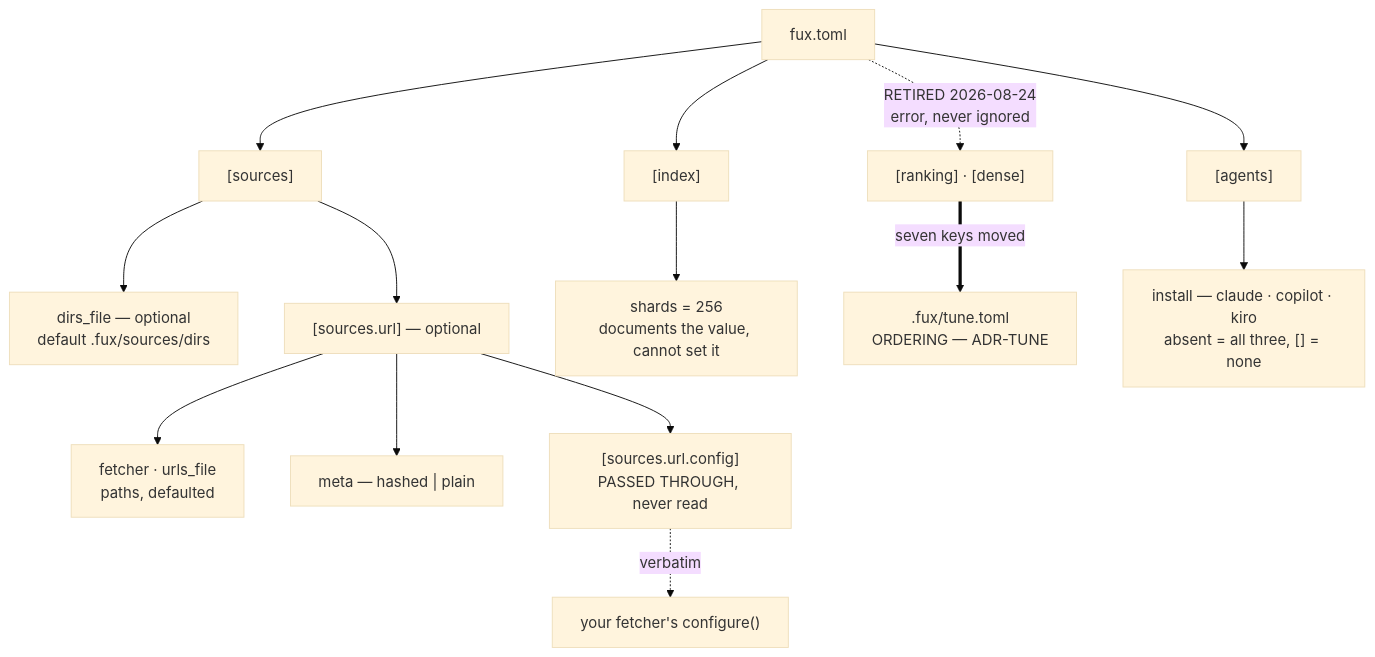
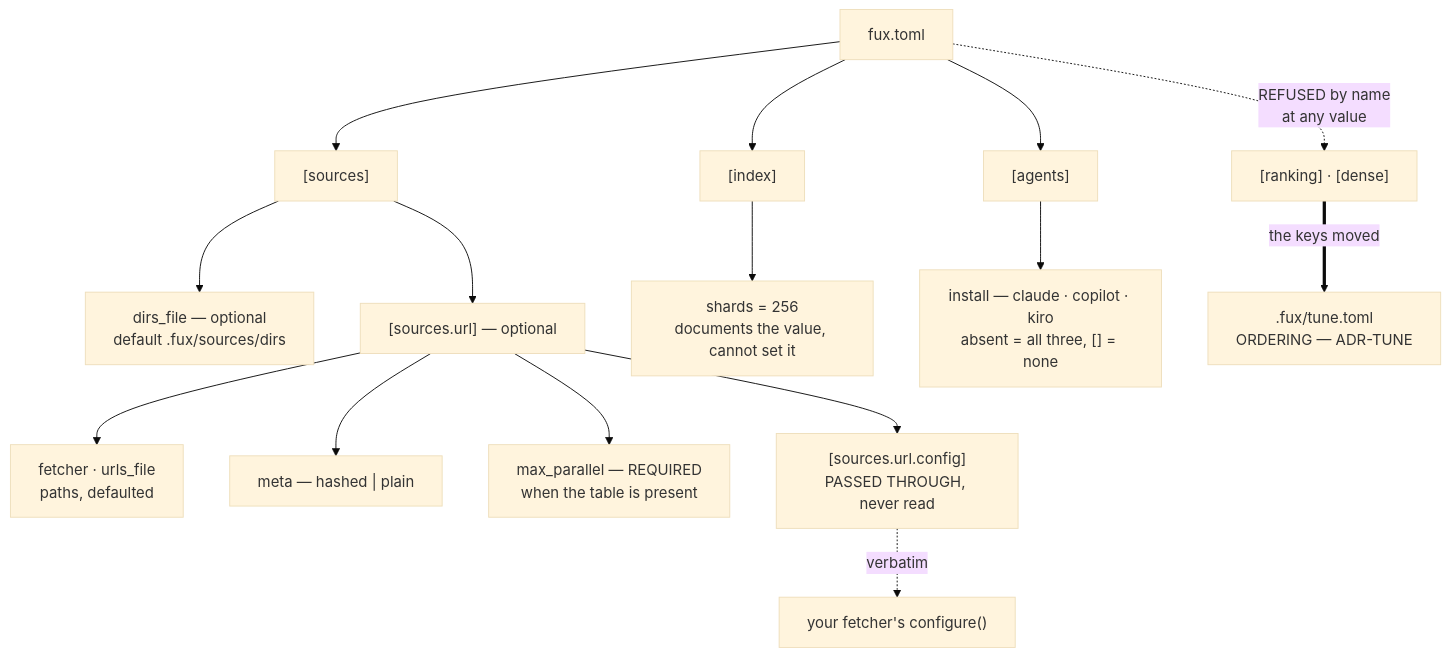
The diagram in docs/adr/0014_config.md (arpitarya/fux), drawn with Mermaid (base theme) before and after one commit. The commit also changed other lines of this file and 442 other files, not shown here.

````diff
--- a/docs/adr/0014_config.md
+++ b/docs/adr/0014_config.md
@@ -68,16 +43,17 @@
 ```mermaid
 flowchart TD
     F["fux.toml"] --> S["[sources]"]
     S --> D["dirs_file — optional<br/>default .fux/sources/dirs"]
     S --> U["[sources.url] — optional"]
     U --> M["fetcher · urls_file<br/>paths, defaulted"]
     U --> ME["meta — hashed | plain"]
+    U --> MP["max_parallel — REQUIRED<br/>when the table is present"]
     U --> CF["[sources.url.config]<br/>PASSED THROUGH, never read"]
     F --> I["[index]"]
     I --> SH["shards = 256<br/>documents the value, cannot set it"]
-    F -.->|"RETIRED 2026-08-24<br/>error, never ignored"| RT["[ranking] · [dense]"]
-    RT ==>|"seven keys moved"| TU[".fux/tune.toml<br/>ORDERING — ADR-TUNE"]
     F --> AG["[agents]"]
     AG --> AI["install — claude · copilot · kiro<br/>absent = all three, [] = none"]
+    F -.->|"REFUSED by name<br/>at any value"| RT["[ranking] · [dense]"]
+    RT ==>|"the keys moved"| TU[".fux/tune.toml<br/>ORDERING — ADR-TUNE"]
     CF -.->|"verbatim"| MW["your fetcher's configure()"]
 ```
````
